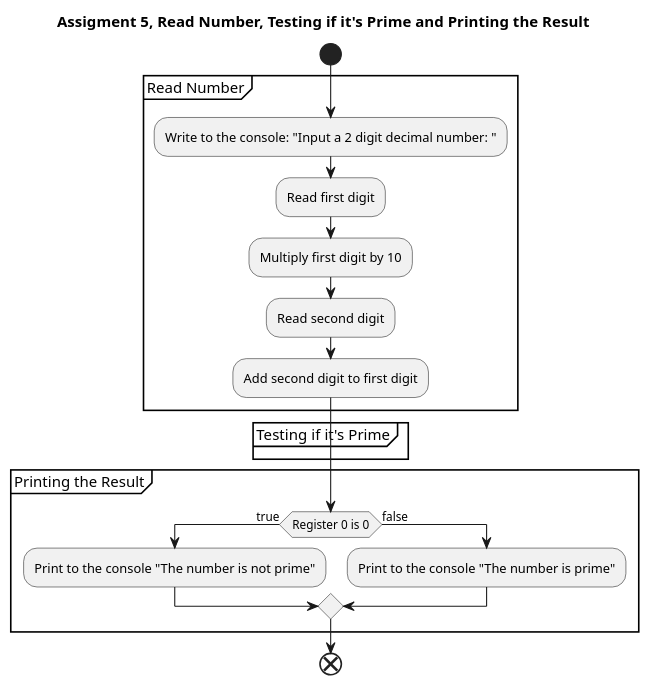
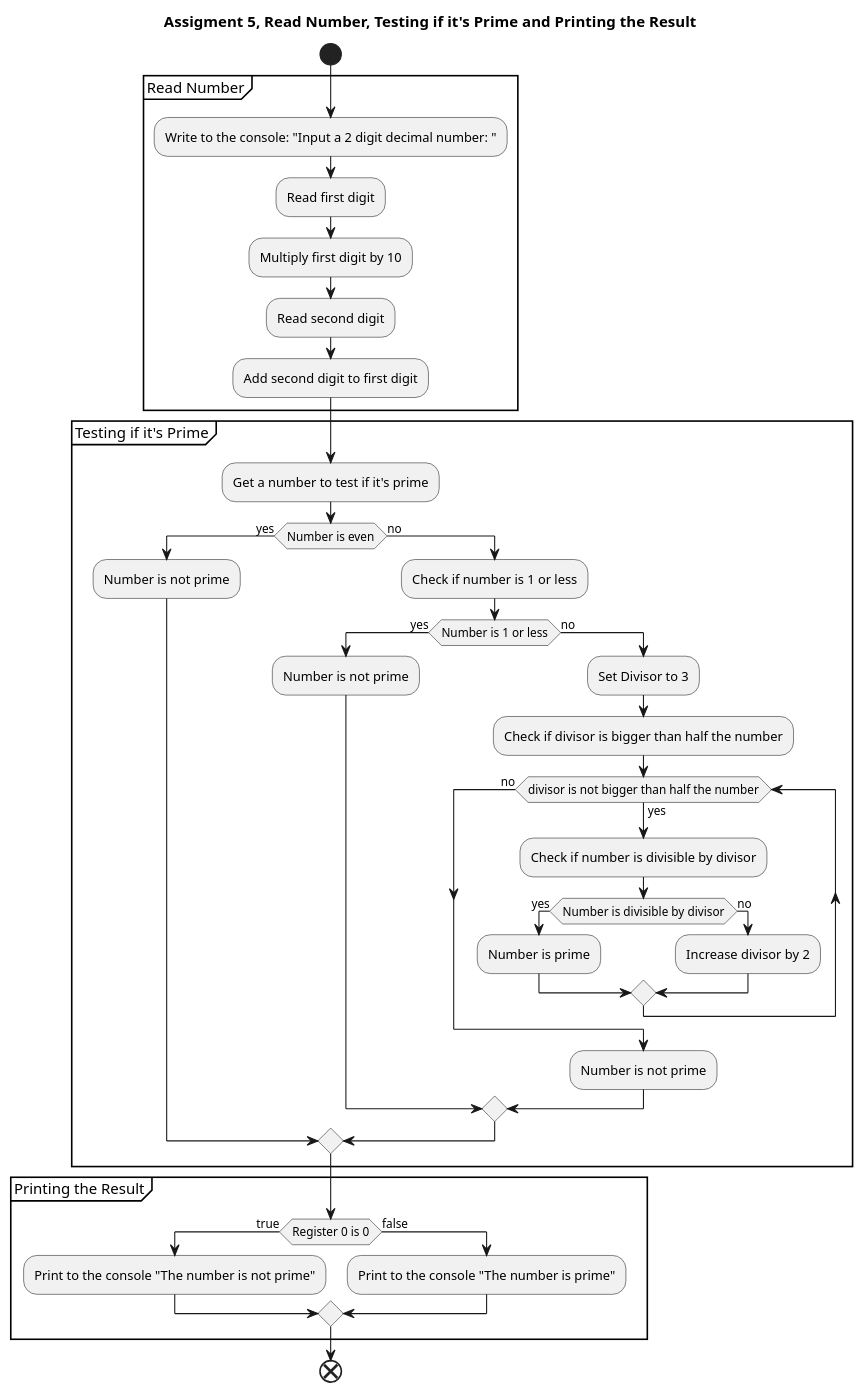
One commit to TobyNatooor/machine-prog-group-1 changed the diagram in diagrams/assignment_5.pu. Above: the diagram before and after it, drawn with PlantUML. The commit also changed 1 other file, not shown here.

```diff
--- a/diagrams/assignment_5.pu
+++ b/diagrams/assignment_5.pu
@@ -1,29 +1,51 @@
 @startuml assignment_5
 skinparam linetype ortho
 hide empty methods
 hide empty fields
 hide circle
 
 title Assigment 5, Read Number, Testing if it's Prime and Printing the Result
 
 start
 partition "Read Number" {
-:Write to the console: "Input a 2 digit decimal number: ";
-:Read first digit;
-:Multiply first digit by 10;
-:Read second digit;
-:Add second digit to first digit;
+    :Write to the console: "Input a 2 digit decimal number: ";
+    :Read first digit;
+    :Multiply first digit by 10;
+    :Read second digit;
+    :Add second digit to first digit;
 }
+
 partition "Testing if it's Prime" {
+    :Get a number to test if it's prime;
+    if (Number is even) then (yes)
+        :Number is not prime;
+    else (no)
+        :Check if number is 1 or less;
+        if (Number is 1 or less) then (yes)
+            :Number is not prime;
+        else (no)
+            :Set Divisor to 3;
+            :Check if divisor is bigger than half the number;
+            while (divisor is not bigger than half the number) is (yes)
+                :Check if number is divisible by divisor;
+                if (Number is divisible by divisor) then (yes)
+                    :Number is prime;
+                else (no)
+                    :Increase divisor by 2;
+                endif
+            endwhile (no)
+            :Number is not prime;
+        endif
+    endif
+}
 
-}
 partition "Printing the Result" {
-if (Register 0 is 0) then (true)
-:Print to the console "The number is not prime";
-else (false)
-:Print to the console "The number is prime";
-endif
+    if (Register 0 is 0) then (true)
+        :Print to the console "The number is not prime";
+    else (false)
+        :Print to the console "The number is prime";
+    endif
 }
 end
 
 @enduml
```
